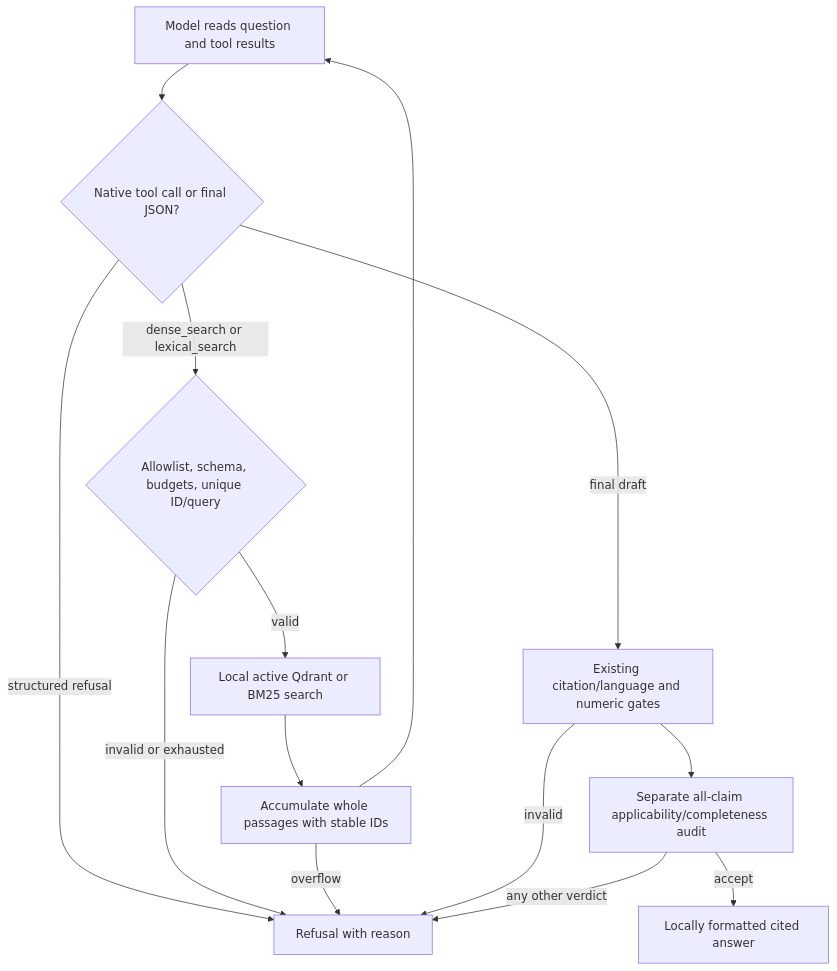
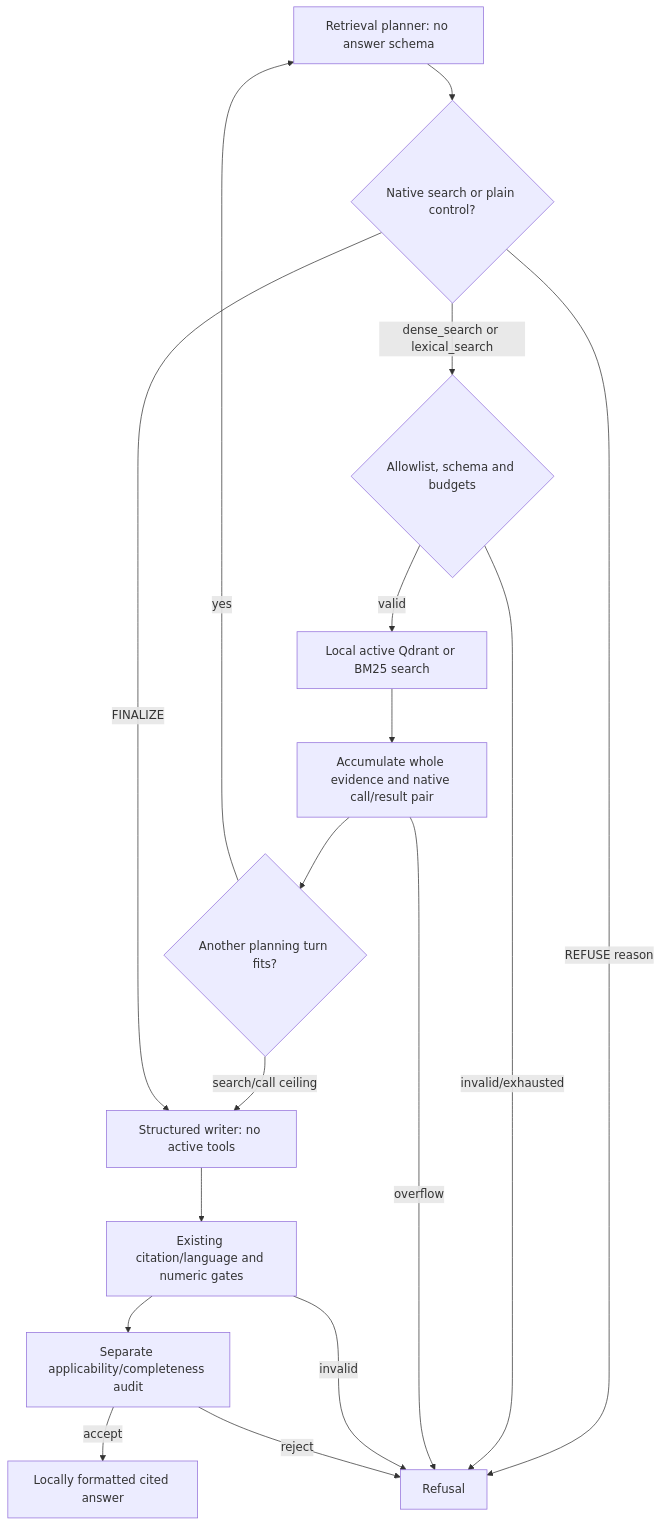
The second of 2 diagrams in docs/architecture.md (cryptoadya/garage-rag), drawn with Mermaid before and after one commit. The commit also changed other lines of this file and 10 other files, not shown here.

Commit message:
fix: separate agentic tool planning from JSON answers

````diff
--- a/docs/architecture.md
+++ b/docs/architecture.md
@@ -105,16 +105,19 @@
 ```mermaid
 flowchart TD
-    M[Model reads question and tool results] --> C{Native tool call or final JSON?}
-    C -- dense_search or lexical_search --> G{Allowlist, schema, budgets, unique ID/query}
+    M[Retrieval planner: no answer schema] --> C{Native search or plain control?}
+    C -- dense_search or lexical_search --> G{Allowlist, schema and budgets}
     G -- valid --> L[Local active Qdrant or BM25 search]
-    L --> E[Accumulate whole passages with stable IDs]
-    E --> M
-    C -- final draft --> V[Existing citation/language and numeric gates]
-    V --> A[Separate all-claim applicability/completeness audit]
+    L --> E[Accumulate whole evidence and native call/result pair]
+    E --> B{Another planning turn fits?}
+    B -- yes --> M
+    B -- search/call ceiling --> D[Structured writer: no active tools]
+    C -- FINALIZE --> D
+    C -- REFUSE reason --> F[Refusal]
+    D --> V[Existing citation/language and numeric gates]
+    V --> A[Separate applicability/completeness audit]
     A -- accept --> O[Locally formatted cited answer]
-    C -- structured refusal --> F[Refusal with reason]
-    G -- invalid or exhausted --> F
+    G -- invalid/exhausted --> F
     E -- overflow --> F
     V -- invalid --> F
-    A -- any other verdict --> F
+    A -- reject --> F
 ```
````
